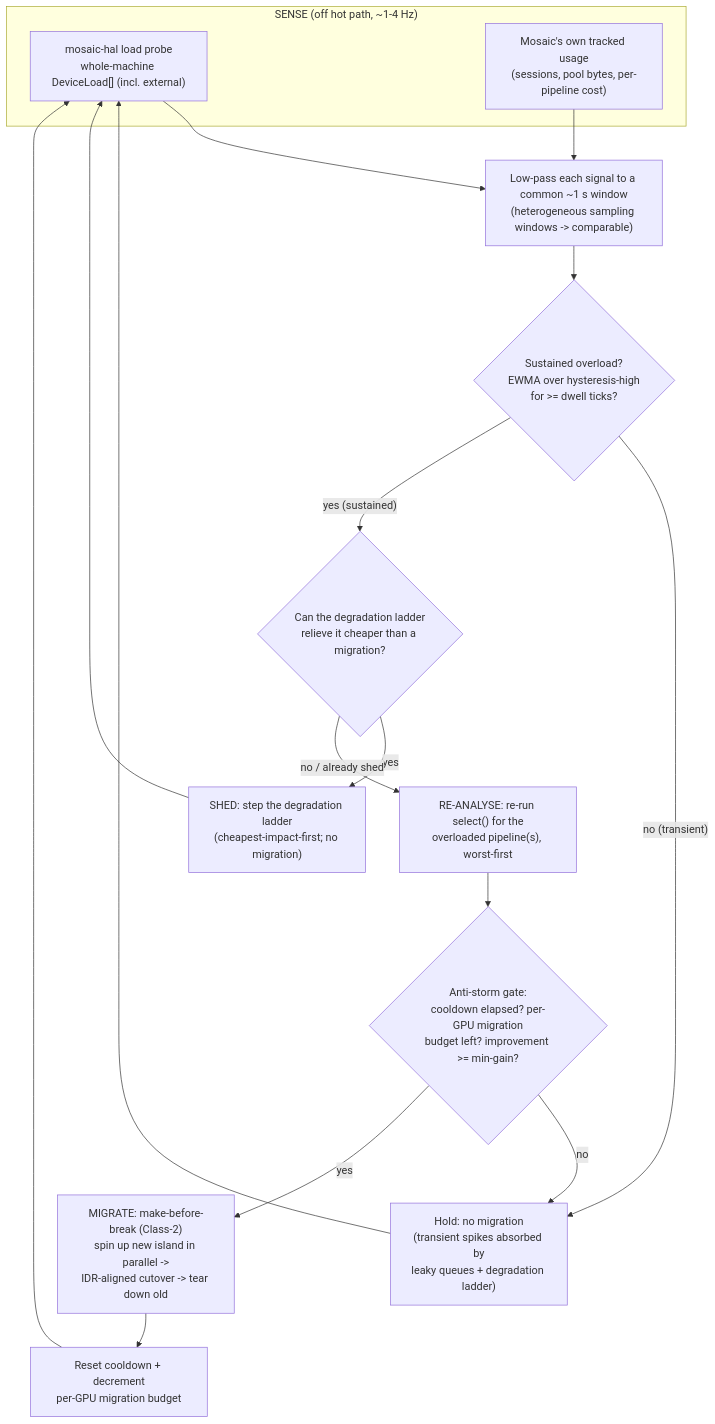
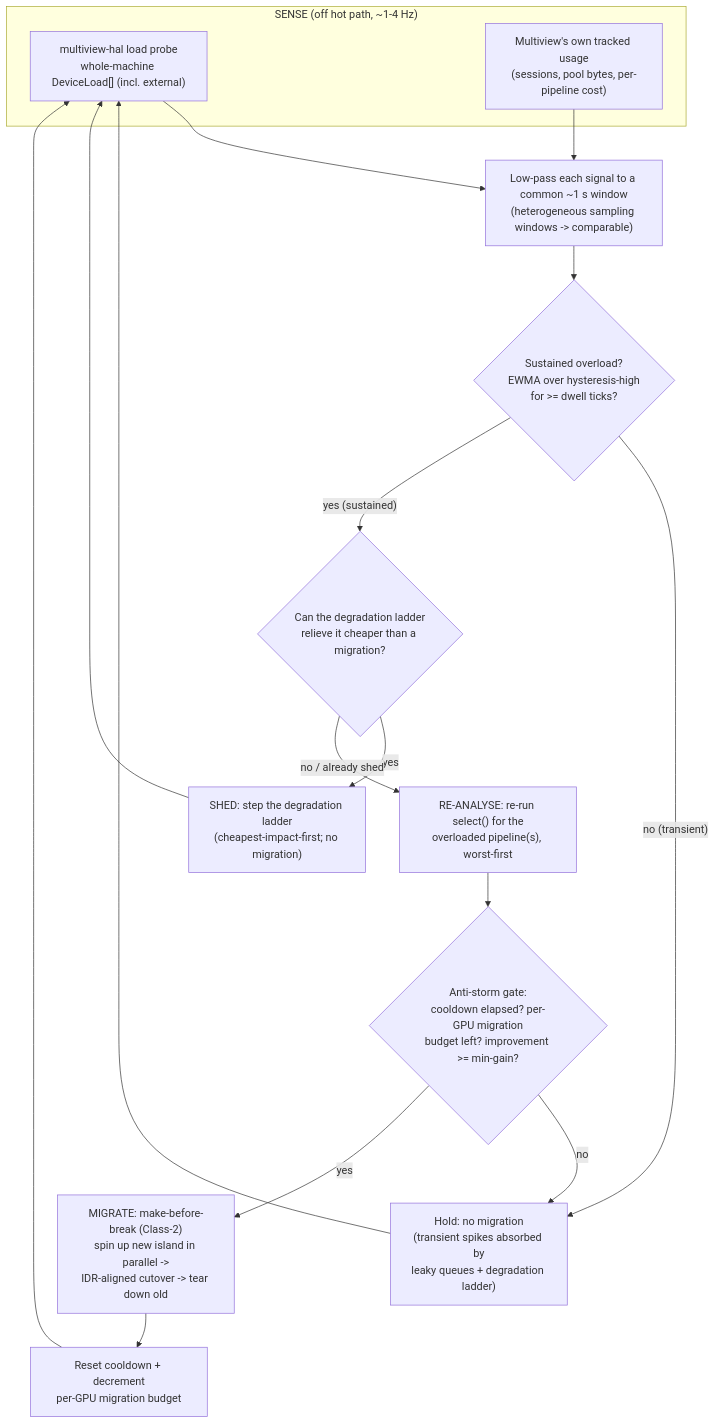
The diagram in docs/research/gpu-placement-engine.md (aperim/multiview), drawn with Mermaid before and after one commit. The commit also changed other lines of this file and 1009 other files, not shown here.

First line of the commit message:
refactor: rename project mosaic → multiview

````diff
--- a/docs/research/gpu-placement-engine.md
+++ b/docs/research/gpu-placement-engine.md
@@ -140,21 +140,21 @@
 ```mermaid
 flowchart TD
     subgraph Sense["SENSE (off hot path, ~1-4 Hz)"]
-        PROBE["mosaic-hal load probe\nwhole-machine DeviceLoad[] (incl. external)"]
-        OWN["Mosaic's own tracked usage\n(sessions, pool bytes, per-pipeline cost)"]
+        PROBE["multiview-hal load probe\nwhole-machine DeviceLoad[] (incl. external)"]
+        OWN["Multiview's own tracked usage\n(sessions, pool bytes, per-pipeline cost)"]
     end
     PROBE --> EWMA["Low-pass each signal to a common ~1 s window\n(heterogeneous sampling windows -> comparable)"]
     OWN --> EWMA
     EWMA --> DETECT{"Sustained overload?\nEWMA over hysteresis-high\nfor >= dwell ticks?"}
     DETECT -- "no (transient)" --> HOLD["Hold: no migration\n(transient spikes absorbed by\nleaky queues + degradation ladder)"]
     DETECT -- "yes (sustained)" --> SHEDFIRST{"Can the degradation ladder\nrelieve it cheaper than a migration?"}
     SHEDFIRST -- "yes" --> SHED["SHED: step the degradation ladder\n(cheapest-impact-first; no migration)"]
     SHEDFIRST -- "no / already shed" --> REANALYSE["RE-ANALYSE: re-run select() for the\noverloaded pipeline(s), worst-first"]
     REANALYSE --> GATE{"Anti-storm gate:\ncooldown elapsed? per-GPU migration\nbudget left? improvement >= min-gain?"}
     GATE -- "no" --> HOLD
     GATE -- "yes" --> MIGRATE["MIGRATE: make-before-break (Class-2)\nspin up new island in parallel ->\nIDR-aligned cutover -> tear down old"]
     MIGRATE --> COOLDOWN["Reset cooldown + decrement\nper-GPU migration budget"]
     COOLDOWN --> PROBE
     SHED --> PROBE
     HOLD --> PROBE
 ```
````
